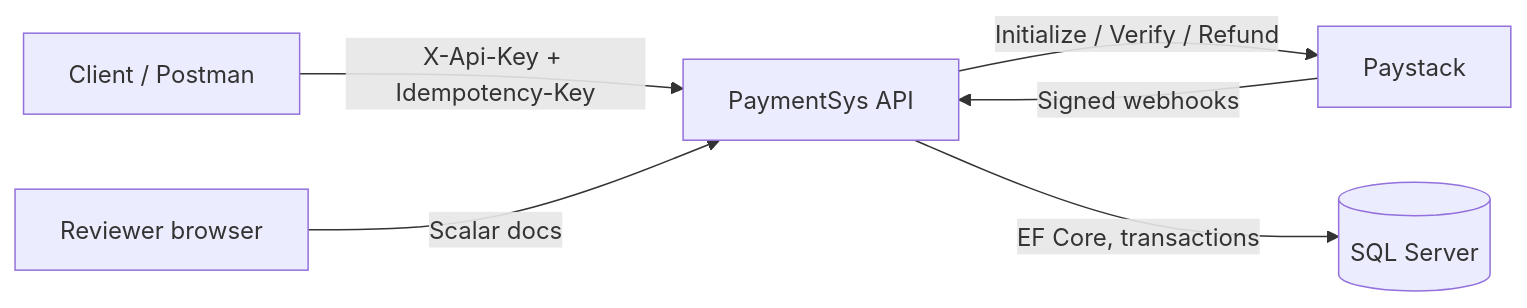
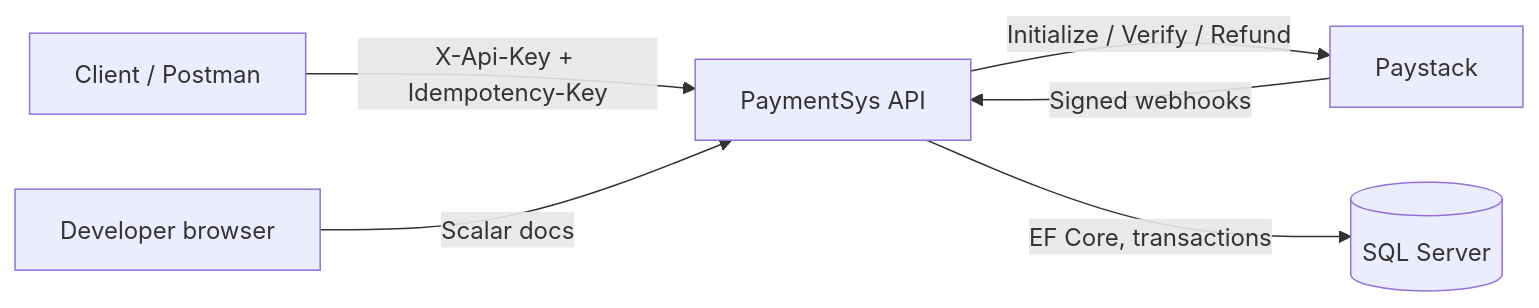
Before and after one commit to geep97/paymentsys: the first of 2 diagrams in README.md, drawn with Mermaid. The commit also changed other lines of this file and 3 other files, not shown here.

Commit message:
feat: surface API key auth and idempotency headers in Scalar docs

````diff
--- a/README.md
+++ b/README.md
@@ -27,8 +27,8 @@
 ```mermaid
 flowchart LR
     Client["Client / Postman"] -->|"X-Api-Key + Idempotency-Key"| API["PaymentSys API"]
     API -->|"Initialize / Verify / Refund"| Paystack["Paystack"]
     Paystack -->|"Signed webhooks"| API
     API -->|"EF Core, transactions"| DB[("SQL Server")]
-    Browser["Reviewer browser"] -->|"Scalar docs"| API
+    Browser["Developer browser"] -->|"Scalar docs"| API
 ```
````
